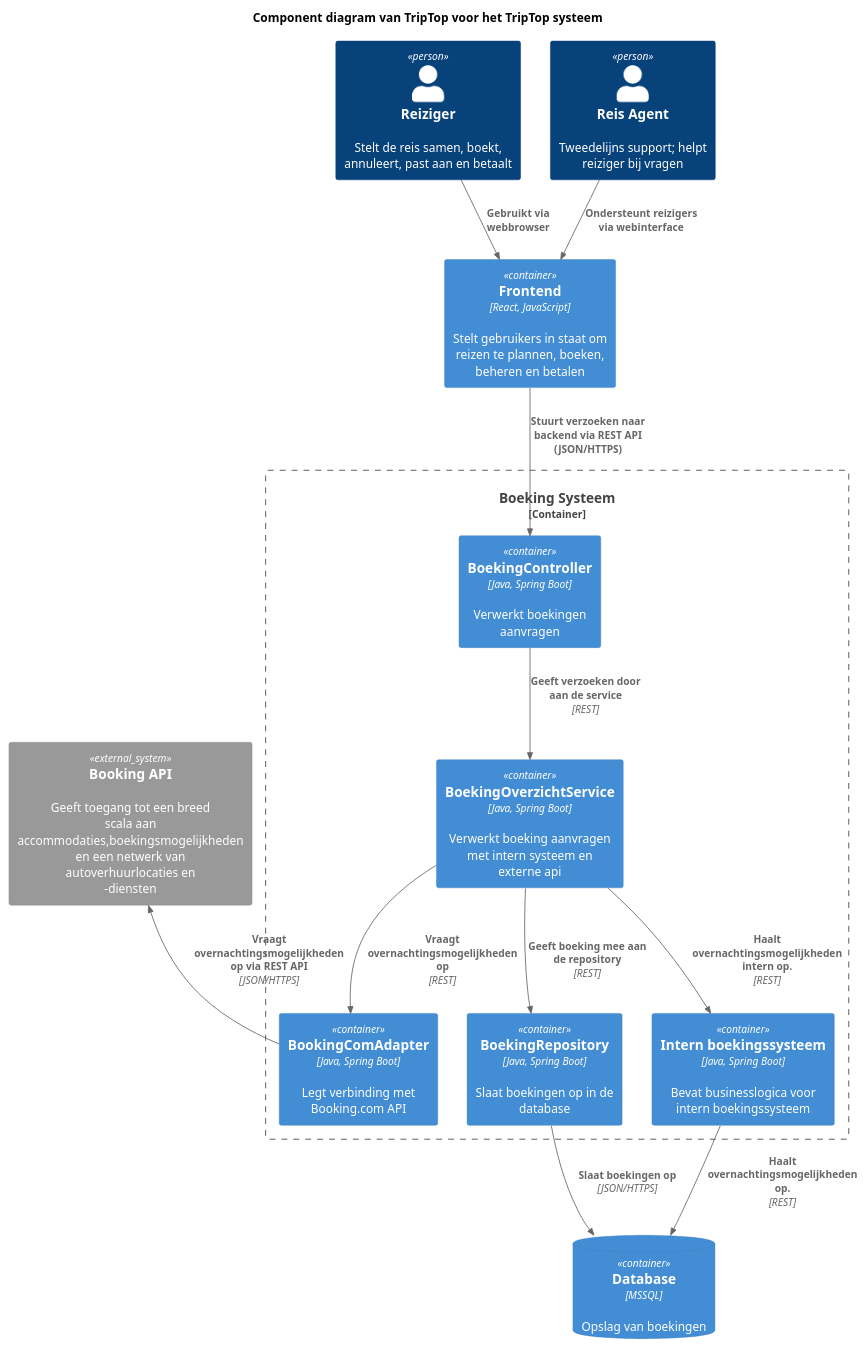
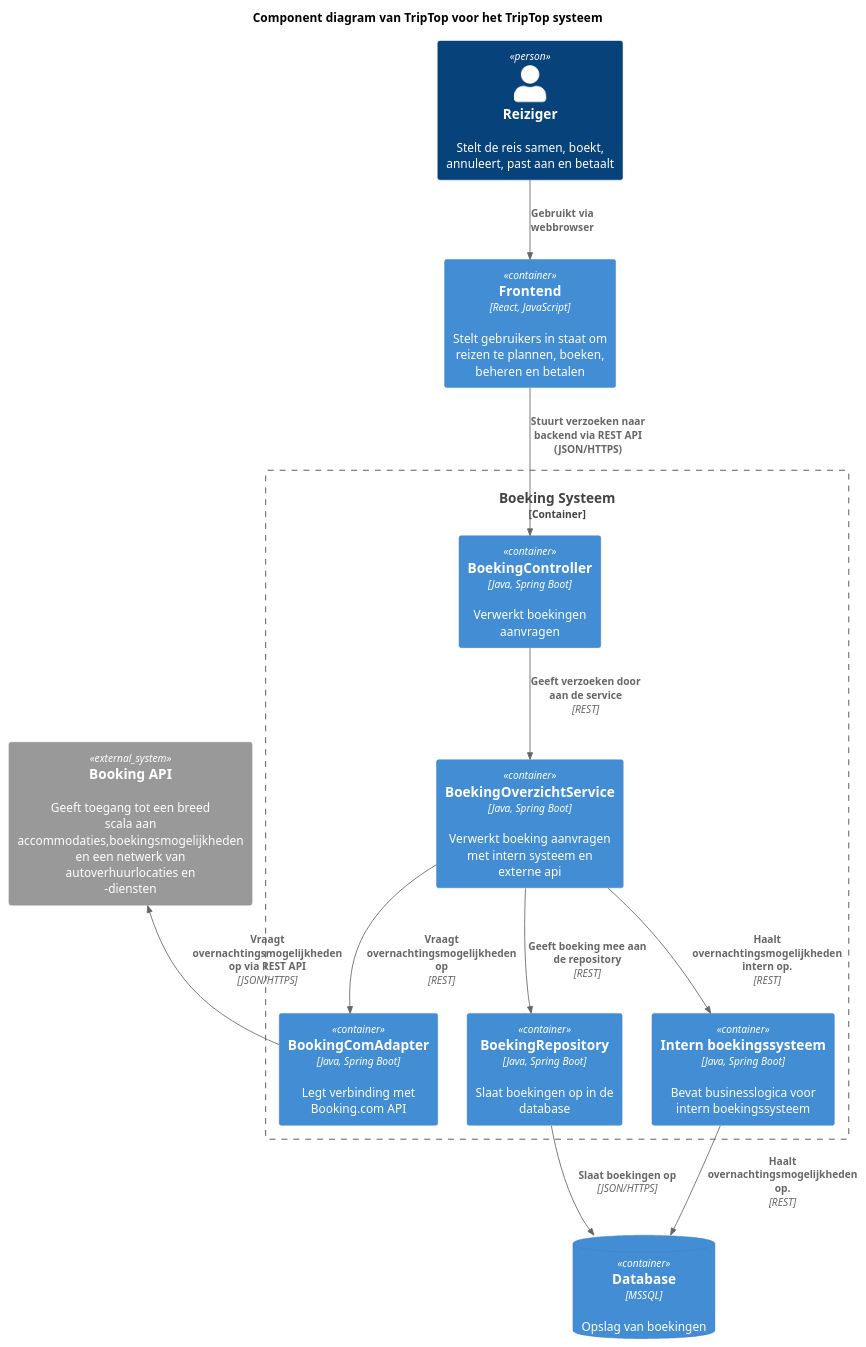
The diagram in software-guidebook/component-code/sybren/component-diagram-2.puml (AIM-ENE-feb25/triptop-asas), drawn with PlantUML before and after one commit. The commit also changed 5 other files, not shown here.

Commit message:
Updated class diagram and component diagram

```diff
--- a/software-guidebook/component-code/sybren/component-diagram-2.puml
+++ b/software-guidebook/component-code/sybren/component-diagram-2.puml
@@ -1,37 +1,33 @@
 @startuml
 !include https://raw.githubusercontent.com/plantuml-stdlib/C4-PlantUML/master/C4_Component.puml
 
 title Component diagram van TripTop voor het TripTop systeem
 
 Person(reiziger, "Reiziger", "Stelt de reis samen, boekt, annuleert, past aan en betaalt")
-Person(ondersteuner, "Reis Agent", "Tweedelijns support; helpt reiziger bij vragen")
 
 Container_Boundary(triptop, "Boeking Systeem") {
     Container(controller, "BoekingController", "Java, Spring Boot", "Verwerkt boekingen aanvragen")
     Container(boeking_overzicht_service, BoekingOverzichtService, "Java, Spring Boot", "Verwerkt boeking aanvragen met intern systeem en externe api")
     Container(boeking_repository, "BoekingRepository", "Java, Spring Boot", "Slaat boekingen op in de database")
     Container(booking_com_adapter, "BookingComAdapter", "Java, Spring Boot", "Legt verbinding met Booking.com API")
     Container(intern_boeking_systeem, "Intern boekingssysteem", "Java, Spring Boot", "Bevat businesslogica voor intern boekingssysteem")
 }
 
  Container(frontend, "Frontend", "React, JavaScript", "Stelt gebruikers in staat om reizen te plannen, boeken, beheren en betalen")
  ContainerDb(database, "Database", "MSSQL", "Opslag van boekingen")
 
 System_Ext(booking, "Booking API ", "Geeft toegang tot een breed scala aan accommodaties,boekingsmogelijkheden en een netwerk van autoverhuurlocaties en -diensten")
 
 
-' Relaties gebruiker naar containers
 Rel(reiziger, frontend, "Gebruikt via webbrowser")
-Rel(ondersteuner, frontend, "Ondersteunt reizigers via webinterface")
 
-' Relaties tussen containers binnen TripTop
 Rel(frontend, controller, "Stuurt verzoeken naar backend via REST API (JSON/HTTPS)")
 Rel(controller, boeking_overzicht_service, "Geeft verzoeken door aan de service", "REST")
 Rel(boeking_overzicht_service, booking_com_adapter, "Vraagt overnachtingsmogelijkheden op", "REST")
-' Relaties backend naar externe systemen
+
 Rel_U(booking_com_adapter, booking, "Vraagt overnachtingsmogelijkheden op via REST API", "JSON/HTTPS")
 Rel(boeking_overzicht_service, intern_boeking_systeem, "Haalt overnachtingsmogelijkheden intern op.", "REST")
 Rel(intern_boeking_systeem, database, "Haalt overnachtingsmogelijkheden op.", "REST")
 Rel(boeking_overzicht_service, boeking_repository, "Geeft boeking mee aan de repository", "REST")
 Rel(boeking_repository, database, "Slaat boekingen op", "JSON/HTTPS")
 @enduml
```
